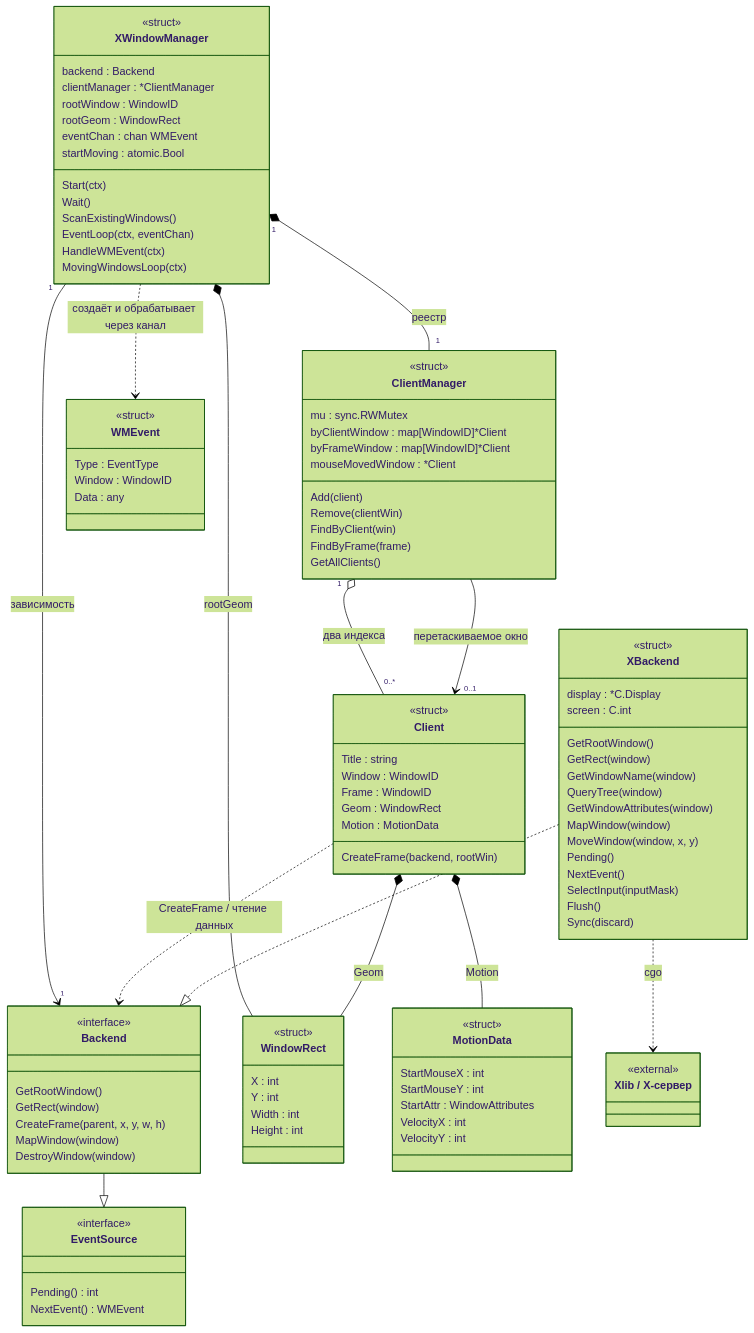
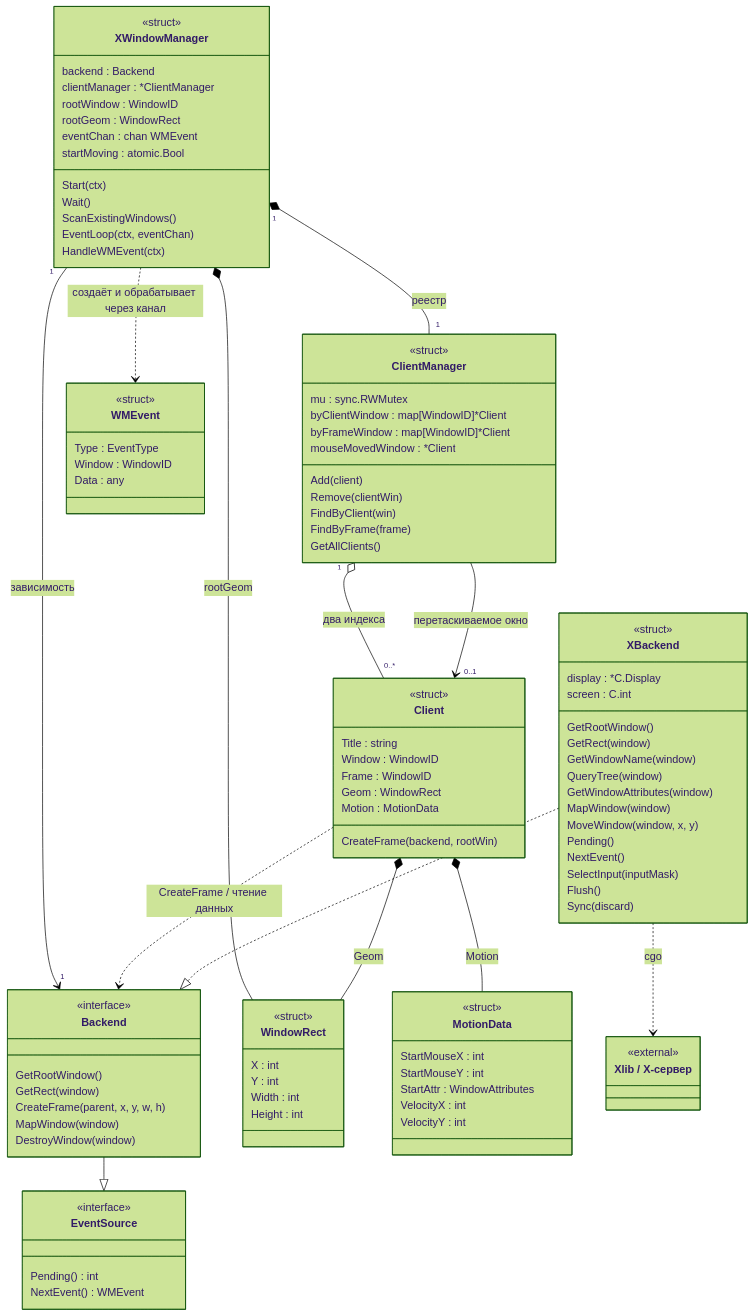
One commit to ravenclawprog/gopherwm changed the diagram in README.md. Above: the diagram before and after it, drawn with Mermaid (forest theme). The commit also changed other lines of this file and 8 other files, not shown here.

```diff
--- a/README.md
+++ b/README.md
@@ -105,7 +105,6 @@
         ScanExistingWindows()
         EventLoop(ctx, eventChan)
         HandleWMEvent(ctx)
-        MovingWindowsLoop(ctx)
     }
 
     class XBackend {
```
